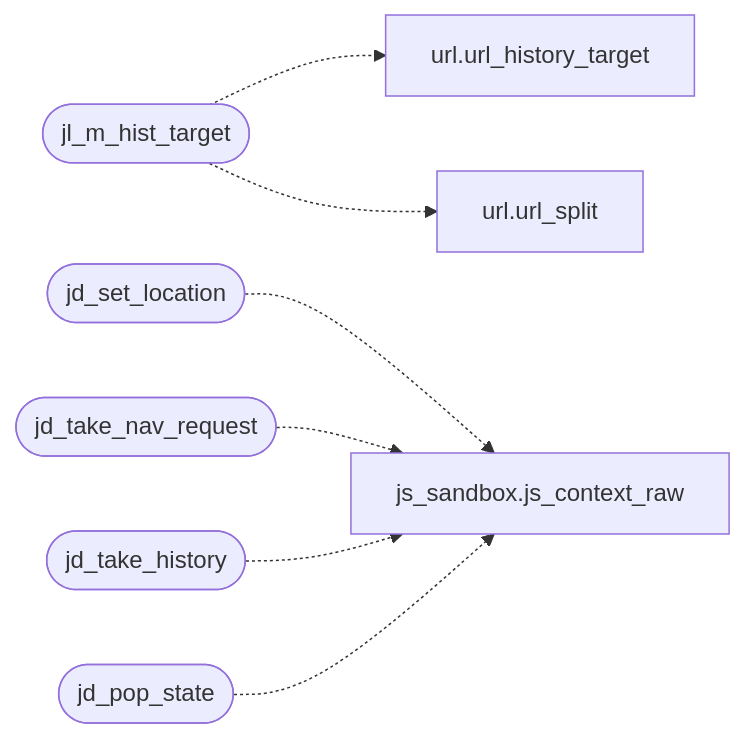
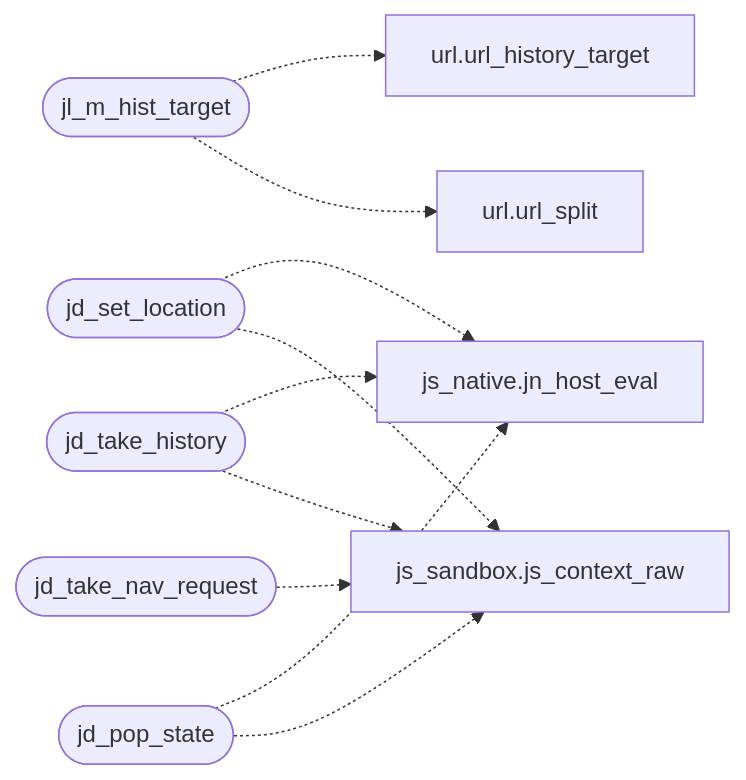
The diagram in readmenator-apidocs/modules/src.js_location.c.md (grisuno/FreeDom), drawn with Mermaid before and after one commit. The commit also changed other lines of this file and 248 other files, not shown here.

````diff
--- a/readmenator-apidocs/modules/src.js_location.c.md
+++ b/readmenator-apidocs/modules/src.js_location.c.md
@@ -13,17 +13,21 @@
 ```mermaid
 flowchart LR
     n_src_js_location_c__jl_m_hist_target(["jl_m_hist_target"])
     n_src_url_c__url_history_target["url.url_history_target"]
     n_src_url_c__url_split["url.url_split"]
     n_src_js_location_c__jd_set_location(["jd_set_location"])
+    n_src_js_native_c__jn_host_eval["js_native.jn_host_eval"]
     n_src_js_sandbox_c__js_context_raw["js_sandbox.js_context_raw"]
     n_src_js_location_c__jd_take_nav_request(["jd_take_nav_request"])
     n_src_js_location_c__jd_take_history(["jd_take_history"])
     n_src_js_location_c__jd_pop_state(["jd_pop_state"])
     n_src_js_location_c__jl_m_hist_target -.-> n_src_url_c__url_history_target
     n_src_js_location_c__jl_m_hist_target -.-> n_src_url_c__url_split
+    n_src_js_location_c__jd_set_location -.-> n_src_js_native_c__jn_host_eval
     n_src_js_location_c__jd_set_location -.-> n_src_js_sandbox_c__js_context_raw
     n_src_js_location_c__jd_take_nav_request -.-> n_src_js_sandbox_c__js_context_raw
+    n_src_js_location_c__jd_take_history -.-> n_src_js_native_c__jn_host_eval
     n_src_js_location_c__jd_take_history -.-> n_src_js_sandbox_c__js_context_raw
+    n_src_js_location_c__jd_pop_state -.-> n_src_js_native_c__jn_host_eval
     n_src_js_location_c__jd_pop_state -.-> n_src_js_sandbox_c__js_context_raw
 ```
````
